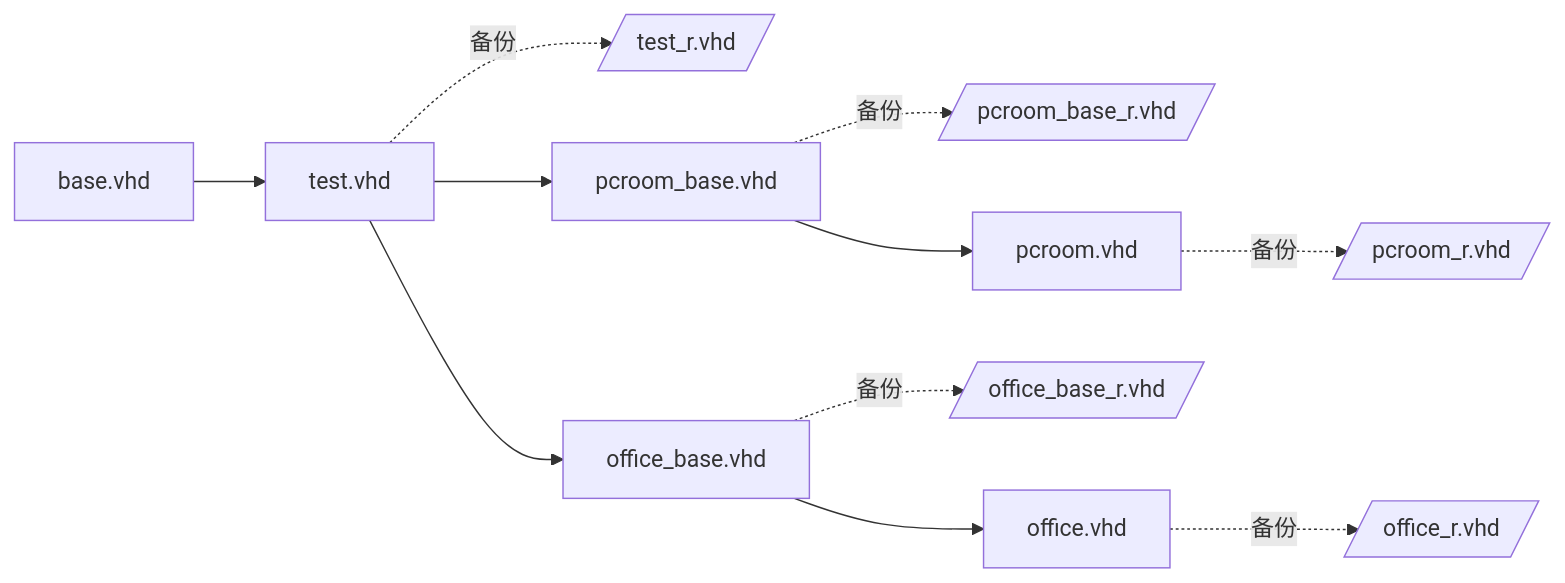
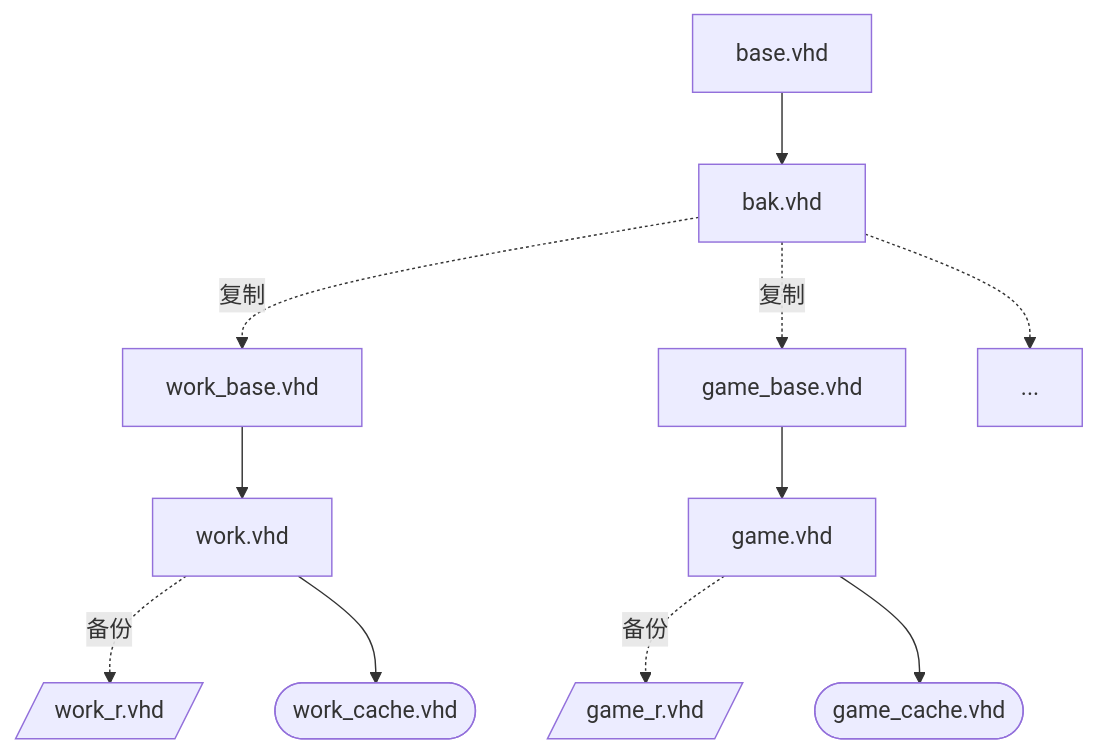
Before and after one commit to SGL23187/ventoy-vhd-boot: the first of 2 diagrams in README.md, drawn with Mermaid. The commit also changed other lines of this file and 28 other files, not shown here.

````diff
--- a/README.md
+++ b/README.md
@@ -516,13 +49,13 @@
 ```mermaid
-flowchart LR
-     base[base.vhd] --> test[test.vhd]
-     test -.备份.-> test_r[/test_r.vhd/]
-     test --> pcroom_base[pcroom_base.vhd]
-     test --> office_base[office_base.vhd]
-     pcroom_base -.备份.-> pcroom_base_r[/pcroom_base_r.vhd/]
-     office_base -.备份.-> office_base_r[/office_base_r.vhd/]
-     pcroom_base --> pcroom[pcroom.vhd]
-     office_base --> office[office.vhd]
-     pcroom -.备份.-> pcroom_r[/pcroom_r.vhd/]
-     office -.备份.-> office_r[/office_r.vhd/]
+flowchart TD
+    base[base.vhd] --> bak[bak.vhd]
+    bak -.复制.-> work_base[work_base.vhd]
+    bak -.复制.-> game_base[game_base.vhd]
+    bak -.-> .[...]
+    work_base --> work[work.vhd]
+    game_base --> game[game.vhd]
+    work -.备份.-> work_r[/work_r.vhd/]
+    game -.备份.-> game_r[/game_r.vhd/]
+    work --> work_cache([work_cache.vhd])
+    game --> game_cache([game_cache.vhd])
 ```
````
